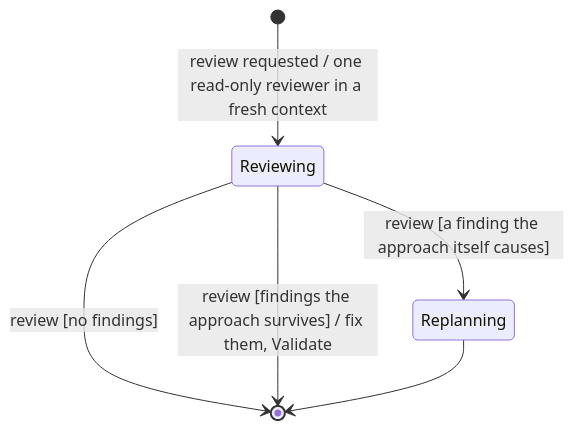
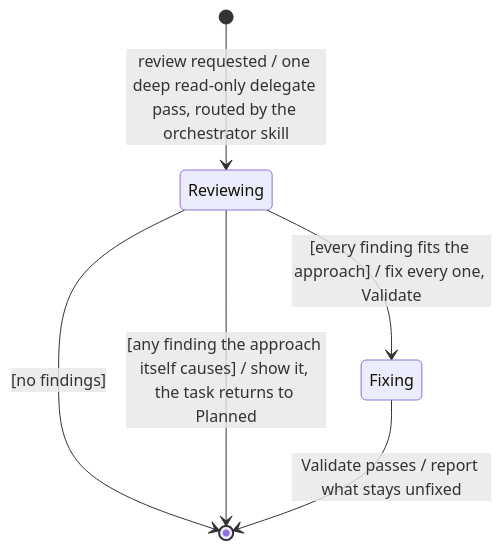
The third of 3 diagrams in .claude/skills/verification/SKILL.md (MP281X/deslop), drawn with Mermaid before and after one commit. The commit also changed other lines of this file and 25 other files, not shown here.

````diff
--- a/.claude/skills/verification/SKILL.md
+++ b/.claude/skills/verification/SKILL.md
@@ -39,8 +48,8 @@
 ```mermaid
 stateDiagram-v2
-    [*] --> Reviewing : review requested / one read-only reviewer in a fresh context
-    Reviewing --> [*] : review [no findings]
-    Reviewing --> [*] : review [findings the approach survives] / fix them, Validate
-    Reviewing --> Replanning : review [a finding the approach itself causes]
-    Replanning --> [*]
+    [*] --> Reviewing : review requested / one deep read-only delegate pass, routed by the orchestrator skill
+    Reviewing --> [*] : [no findings]
+    Reviewing --> [*] : [any finding the approach itself causes] / show it, the task returns to Planned
+    Reviewing --> Fixing : [every finding fits the approach] / fix every one, Validate
+    Fixing --> [*] : Validate passes / report what stays unfixed
 ```
````
